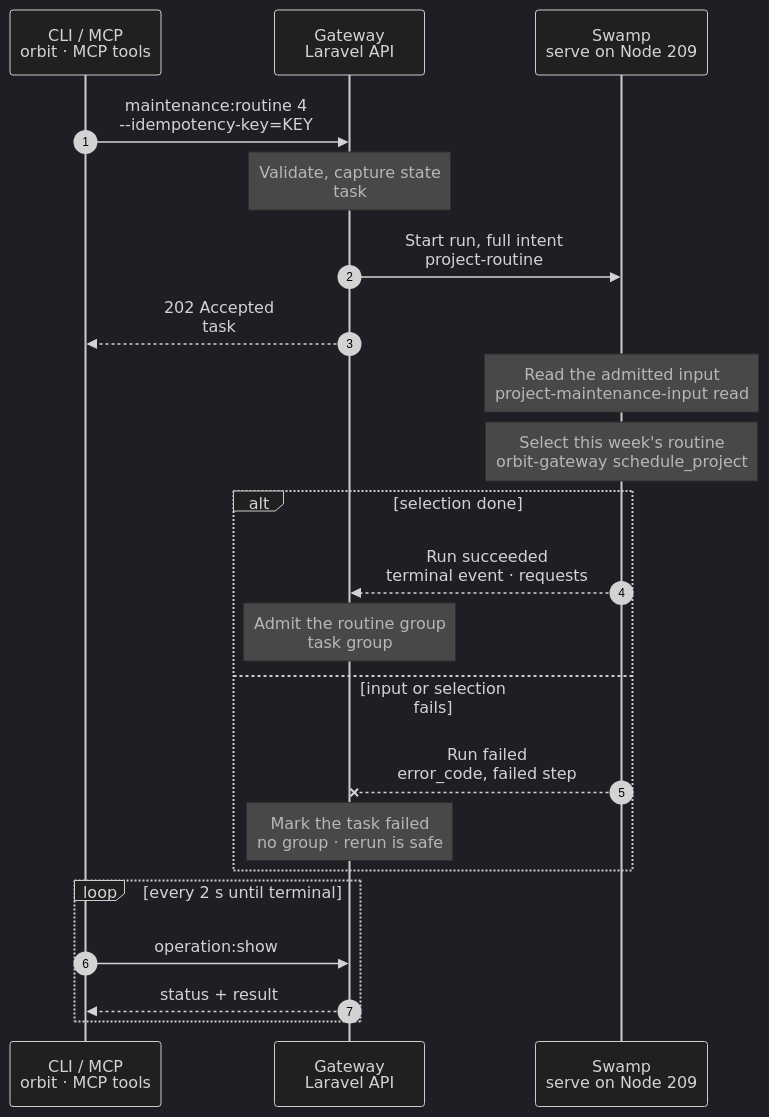
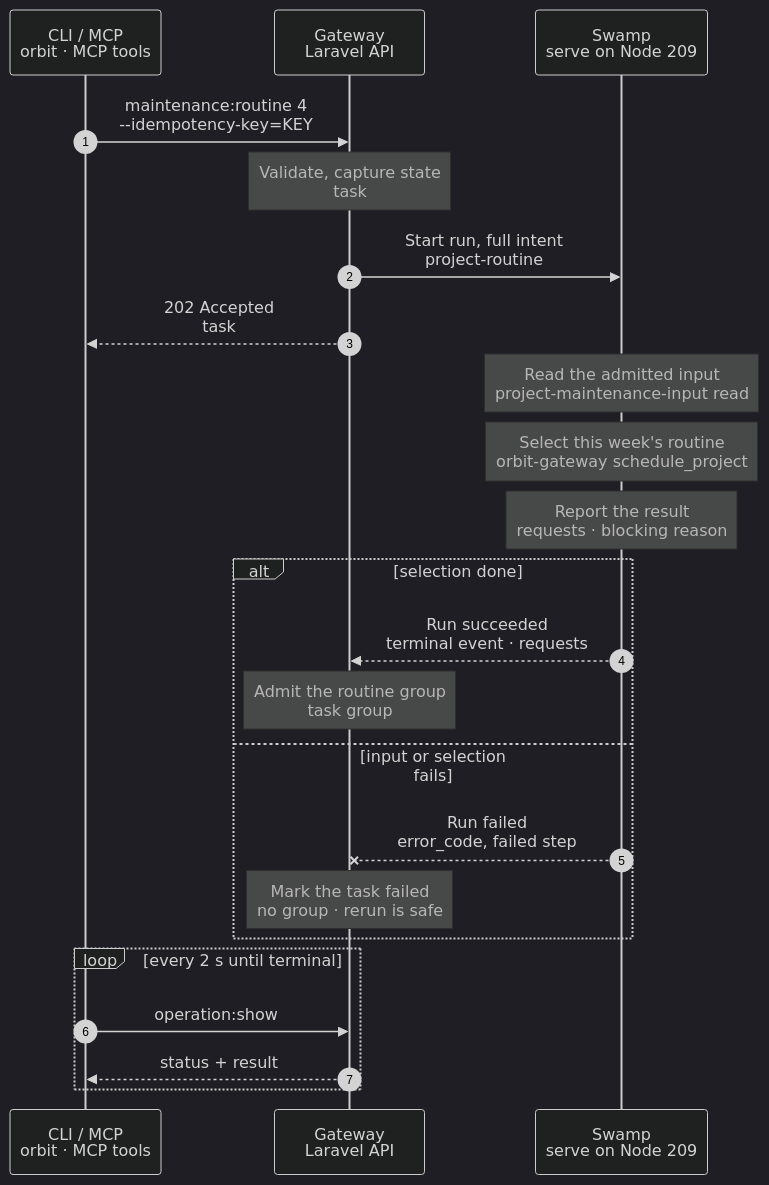
The diagram in docs/flows/project.routine.mmd (hardimpactdev/orbit), drawn with Mermaid (dark theme) before and after one commit. The commit also changed 11 other files, not shown here.

First line of the commit message:
feat(swamp): project.detect, observe and routine name their steps after their charts

```diff
--- a/docs/flows/project.routine.mmd
+++ b/docs/flows/project.routine.mmd
@@ -1,88 +1,91 @@
 sequenceDiagram
   %% Target design: ADR 0244 task (driver workflow), Recall deps-one-group-per-project + deps-update-test-agent-on-failure, R1-R2.
   %% status: draft
   %% command: project:maintenance:routine
   autonumber
   %% lane CLI icon=terminal pill=caller tone=gray
   %% lane GW icon=gateway pill=intent tone=blue
   %% lane SW icon=workflow pill=executes tone=green
   participant CLI as CLI / MCP<br/>orbit · MCP tools
   participant GW as Gateway<br/>Laravel API
   participant SW as Swamp<br/>serve on Node 209
   CLI->>GW: maintenance:routine 4<br/>--idempotency-key=KEY
   %%> Command:
   %%> - MCP tool `project-maintenance-routine` with project `4` and an Idempotency-Key
   %%> - syntax: `project:maintenance:routine <project> --idempotency-key=KEY`
   %%> Input:
   %%> - the Project ID
   %%> - an idempotency key; it is required, so a lost reply replays the same task
   %%> Who can call it:
   %%> - the MCP tool; there is no `orbit` CLI page for it yet
   %%> - the hourly `maintenance-projects` Schedule admits the same kind when a Project's weekly routine is due
   Note over GW: Validate, capture state<br/>task #5151 · no token
   %%> Requirements:
   %%> - your Node has an access grant to the Gateway
   %%> - Project 4 reads its repository through the GitHub App
   %%> - Project 4 has a default branch and a task check
   %%> - no other `project.detect`, `project.routine` or `project.observe` task runs for Project 4
   %%> What it does:
   %%> - captures the Project, its task groups and the admission time
   %%> Not included:
   %%> - no GitHub token: routine selection reads nothing outside the captured state
   %%> Result:
   %%> - task #5151 recorded, kind `project.routine`, driver `workflow`, on Node 209
   %%> - no Node is a target
   GW->>SW: Start run, full intent<br/>project-routine
   %%> What it does:
   %%> - starts one Swamp run on serve (Node 209)
   %%> Inputs:
   %%> - the captured Project, task groups and admission time
   GW-->>CLI: 202 Accepted<br/>task #5151
   %%> What you get:
   %%> - the task number, at once
   %%> Next:
   %%> - the caller follows the task with `operation:show`
   Note over SW: Read the admitted input<br/>project-maintenance-input read
   %%> What it does:
   %%> - checks that the input names Project 4 and Node 209
   Note over SW: Select this week's routine<br/>orbit-gateway schedule_project
   %%> What it does:
   %%> - builds the routine key for Project 4 and this week
   %%> - compares it with the routine records Swamp keeps
   %%> Blocked when:
   %%> - Project 4 has another unfinished task group or a task group with a workspace
   %%> - an earlier attempt with this key has no known result
   %%> Result:
   %%> - one routine group request, or none with the blocking reason
   %%> Why no admission here:
   %%> - steps never call the Gateway; the request travels in the terminal result
+  Note over SW: Report the result<br/>requests · blocking reason
+  %%> Returns:
+  %%> - prints the selection as one JSON object, which the Gateway reads from the run
   alt selection done
     SW-->>GW: Run succeeded<br/>terminal event · requests
     %%> How the Gateway learns it:
     %%> - its shared run reader sees the terminal event; Swamp never calls the Gateway
     Note over GW: Admit the routine group<br/>task group #813 · tasks.provision
     %%> Result with a request:
     %%> - task group #813 created for the routine, or the existing one with the same brief reused
     %%> - the Gateway admits `tasks.provision`; the routine's updates run in its task VM, and a Pi turn starts only when tests fail
     %%> Result without a request:
     %%> - no task group; the blocking reason is in the result
     %%> Always:
     %%> - task #5151 succeeds
   else input or selection fails
     SW--xGW: Run failed<br/>error_code, failed step
     %%> When:
     %%> - the input is invalid or Swamp's routine records can't be read
     Note over GW: Mark the task failed<br/>no group · rerun is safe
     %%> Result:
     %%> - task #5151 fails; no task group is created
     %%> Retry:
     %%> - run the command again with a new key, or wait for the next hourly Schedule fire
   end
   loop every 2 s until terminal
     CLI->>GW: operation:show #5151
     %%> What it does:
     %%> - asks for the task's status every 2 seconds until it has ended
     GW-->>CLI: status + result
     %%> Returns:
     %%> - the current status, and the admitted group IDs once the task has ended
   end
```
